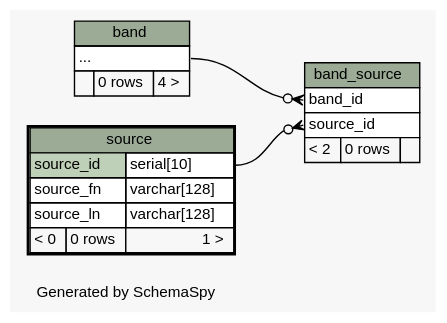
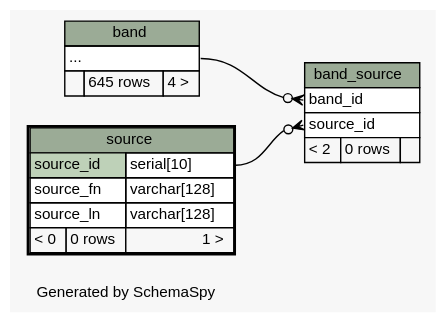
The diagram in database/see_djmusic/diagrams/source.2degrees.dot (biodavidjm/garbage-code), drawn with Graphviz before and after one commit. The commit also changed 155 other files, not shown here.

First line of the commit message:
New Schema View of the last djmusic version

```diff
--- a/database/see_djmusic/diagrams/source.2degrees.dot
+++ b/database/see_djmusic/diagrams/source.2degrees.dot
@@ -1,57 +1,57 @@
-// dot 2.38.0 on Mac OS X 10.9.3
+// dot 2.38.0 on Mac OS X 10.9.4
 // SchemaSpy rev 590
 digraph "twoDegreesRelationshipsDiagram" {
   graph [
     rankdir="RL"
     bgcolor="#f7f7f7"
     label="\nGenerated by SchemaSpy"
     labeljust="l"
     nodesep="0.18"
     ranksep="0.46"
     fontname="Helvetica"
     fontsize="11"
   ];
   node [
     fontname="Helvetica"
     fontsize="11"
     shape="plaintext"
   ];
   edge [
     arrowsize="0.8"
   ];
   "band_source":"band_id":w -> "band":"elipses":e [arrowhead=none dir=back arrowtail=crowodot];
   "band_source":"source_id":w -> "source":"source_id.type":e [arrowhead=none dir=back arrowtail=crowodot];
   "band" [
     label=<
     <TABLE BORDER="0" CELLBORDER="1" CELLSPACING="0" BGCOLOR="#ffffff">
       <TR><TD COLSPAN="3" BGCOLOR="#9bab96" ALIGN="CENTER">band</TD></TR>
       <TR><TD PORT="elipses" COLSPAN="3" ALIGN="LEFT">...</TD></TR>
-      <TR><TD ALIGN="LEFT" BGCOLOR="#f7f7f7">  </TD><TD ALIGN="RIGHT" BGCOLOR="#f7f7f7">0 rows</TD><TD ALIGN="RIGHT" BGCOLOR="#f7f7f7">4 &gt;</TD></TR>
+      <TR><TD ALIGN="LEFT" BGCOLOR="#f7f7f7">  </TD><TD ALIGN="RIGHT" BGCOLOR="#f7f7f7">645 rows</TD><TD ALIGN="RIGHT" BGCOLOR="#f7f7f7">4 &gt;</TD></TR>
     </TABLE>>
     URL="band.html"
     tooltip="band"
   ];
   "band_source" [
     label=<
     <TABLE BORDER="0" CELLBORDER="1" CELLSPACING="0" BGCOLOR="#ffffff">
       <TR><TD COLSPAN="3" BGCOLOR="#9bab96" ALIGN="CENTER">band_source</TD></TR>
       <TR><TD PORT="band_id" COLSPAN="3" ALIGN="LEFT">band_id</TD></TR>
       <TR><TD PORT="source_id" COLSPAN="3" ALIGN="LEFT">source_id</TD></TR>
       <TR><TD ALIGN="LEFT" BGCOLOR="#f7f7f7">&lt; 2</TD><TD ALIGN="RIGHT" BGCOLOR="#f7f7f7">0 rows</TD><TD ALIGN="RIGHT" BGCOLOR="#f7f7f7">  </TD></TR>
     </TABLE>>
     URL="band_source.html"
     tooltip="band_source"
   ];
   "source" [
     label=<
     <TABLE BORDER="2" CELLBORDER="1" CELLSPACING="0" BGCOLOR="#ffffff">
       <TR><TD COLSPAN="3" BGCOLOR="#9bab96" ALIGN="CENTER">source</TD></TR>
       <TR><TD PORT="source_id" COLSPAN="2" BGCOLOR="#bed1b8" ALIGN="LEFT">source_id</TD><TD PORT="source_id.type" ALIGN="LEFT">serial[10]</TD></TR>
       <TR><TD PORT="source_fn" COLSPAN="2" ALIGN="LEFT">source_fn</TD><TD PORT="source_fn.type" ALIGN="LEFT">varchar[128]</TD></TR>
       <TR><TD PORT="source_ln" COLSPAN="2" ALIGN="LEFT">source_ln</TD><TD PORT="source_ln.type" ALIGN="LEFT">varchar[128]</TD></TR>
       <TR><TD ALIGN="LEFT" BGCOLOR="#f7f7f7">&lt; 0</TD><TD ALIGN="RIGHT" BGCOLOR="#f7f7f7">0 rows</TD><TD ALIGN="RIGHT" BGCOLOR="#f7f7f7">1 &gt;</TD></TR>
     </TABLE>>
     URL="source.html"
     tooltip="source"
   ];
 }
```
